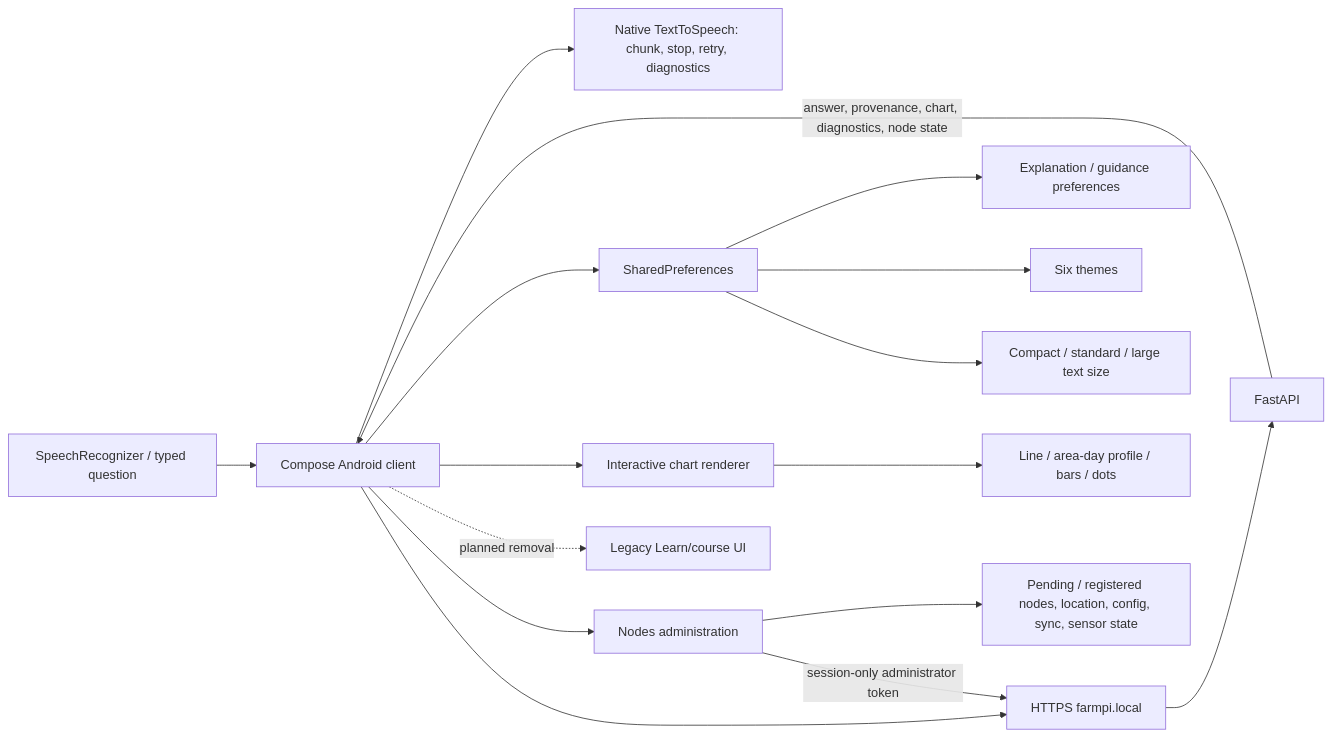
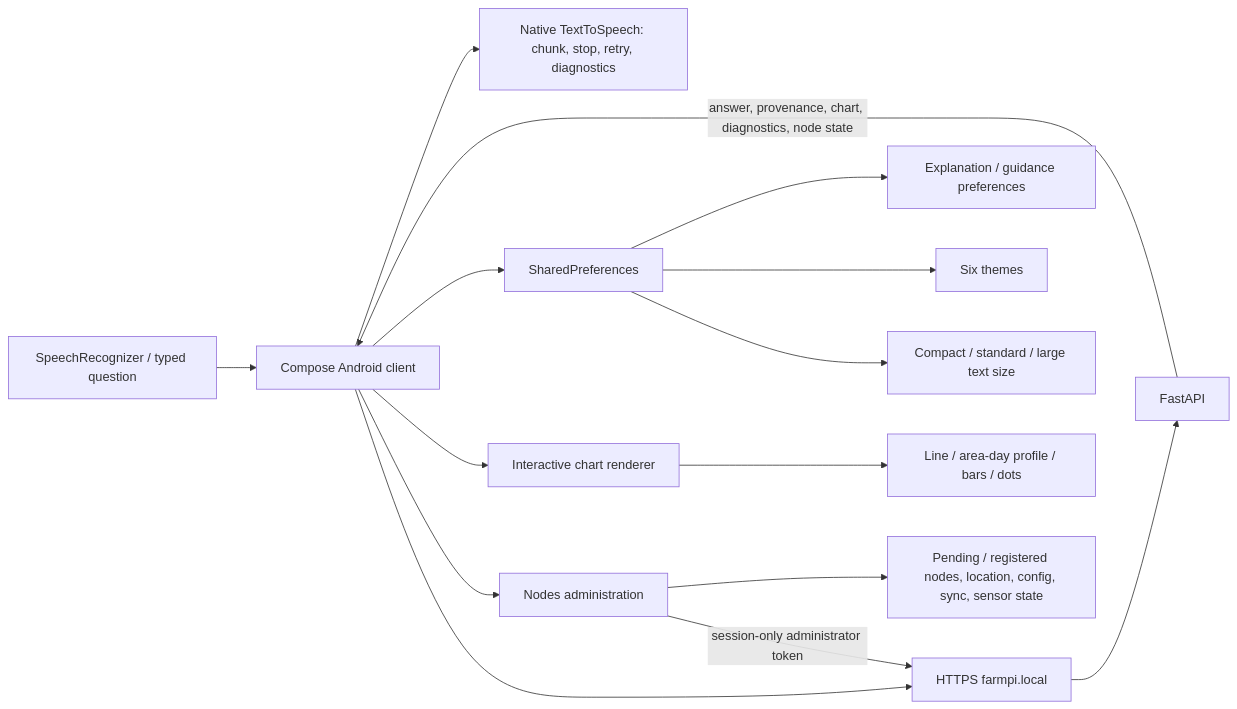
One commit to w0rmy/farmpi changed the diagram in docs/diagrams/android-architecture.mmd. Above: the diagram before and after it, drawn with Mermaid. The commit also changed 8 other files, not shown here.

```diff
--- a/docs/diagrams/android-architecture.mmd
+++ b/docs/diagrams/android-architecture.mmd
@@ -1,16 +1,15 @@
 flowchart LR
   V[SpeechRecognizer / typed question] --> U[Compose Android client]
   U --> H[HTTPS farmpi.local]
   H --> F[FastAPI]
   F -->|answer, provenance, chart, diagnostics, node state| U
   U --> T[Native TextToSpeech: chunk, stop, retry, diagnostics]
   U --> P[SharedPreferences]
   P --> S[Explanation / guidance preferences]
   P --> C[Six themes]
   P --> Z[Compact / standard / large text size]
   U --> G[Interactive chart renderer]
   G --> M[Line / area-day profile / bars / dots]
   U --> N[Nodes administration]
   N -->|session-only administrator token| H
   N --> R[Pending / registered nodes, location, config, sync, sensor state]
-  U -. planned removal .-> L[Legacy Learn/course UI]
```
